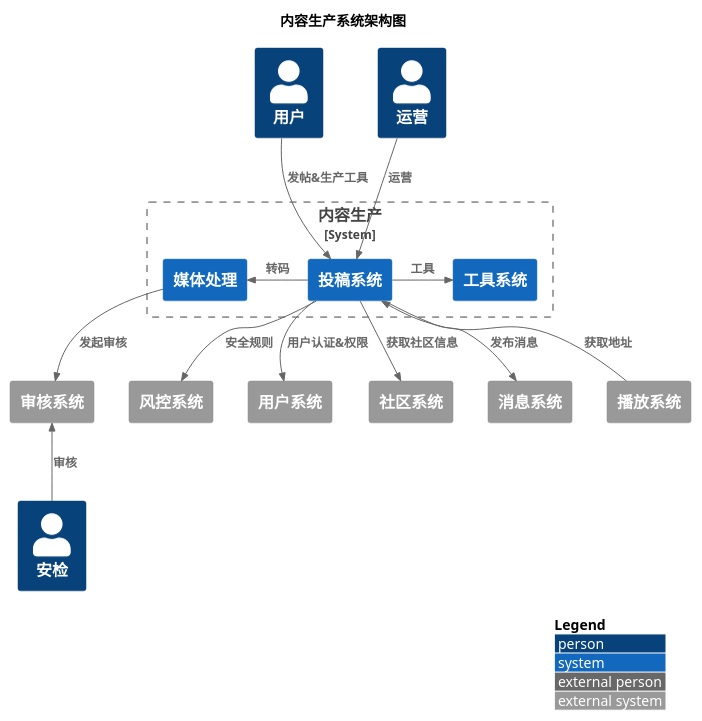
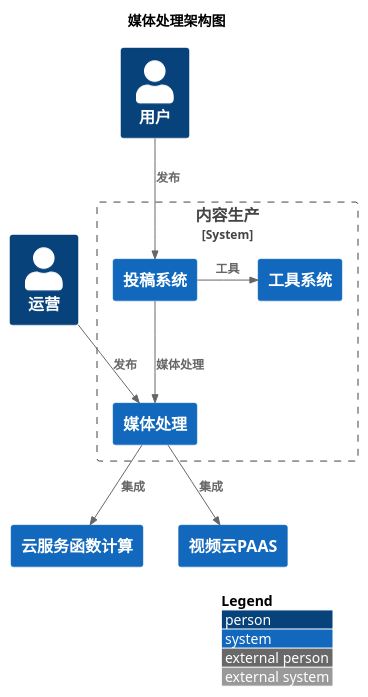
One commit to nxnnxn/community-doc changed the diagram in puml/content/mediaprocess/system.puml. Above: the diagram before and after it, drawn with PlantUML. The commit also changed 3 other files, not shown here.

```diff
--- a/puml/content/mediaprocess/system.puml
+++ b/puml/content/mediaprocess/system.puml
@@ -1,41 +1,24 @@
 @startuml
 !include <C4/C4_Context>
 LAYOUT_WITH_LEGEND()
 
-title 内容生产系统架构图
+title 媒体处理架构图
 
 Person(user, "用户")
 Person(user1, "运营")
-Person(user2, "安检")
+System("fun","云服务函数计算")
+System("videoPaas","视频云PAAS")
 
 System_Boundary(contentProduction, "内容生产"){
      System(media_process, "媒体处理")
      System(post, "投稿系统")
      System(postTool, "工具系统")
-     Rel_L(post, media_process, "转码")
+     Rel(post, media_process, "媒体处理")
      Rel_R(post, postTool, "工具")
 }
-
-System_Ext(security,"风控系统")
-System_Ext(userSystem,"用户系统")
-System_Ext(community, "社区系统")
-System_Ext(audit, "审核系统")
-System_Ext(message, "消息系统")
-System_Ext(play, "播放系统")
-Rel(user, post, "发帖&生产工具")
-Rel(user1,post, "运营")
-
-Rel(post, security, "安全规则")
-Rel(post, userSystem, "用户认证&权限")
-Rel(post, community, "获取社区信息")
-Rel(post, message, "发布消息")
-Rel(media_process, audit, "发起审核")
-Rel_U(user2, audit, "审核")
-
-
-
-Rel_U(play, post, "获取地址")
-
-
+Rel(user,post,"发布")
+Rel(user1,media_process,"发布")
+Rel(media_process,fun,"集成")
+Rel(media_process,videoPaas,"集成")
 
 @enduml
```
